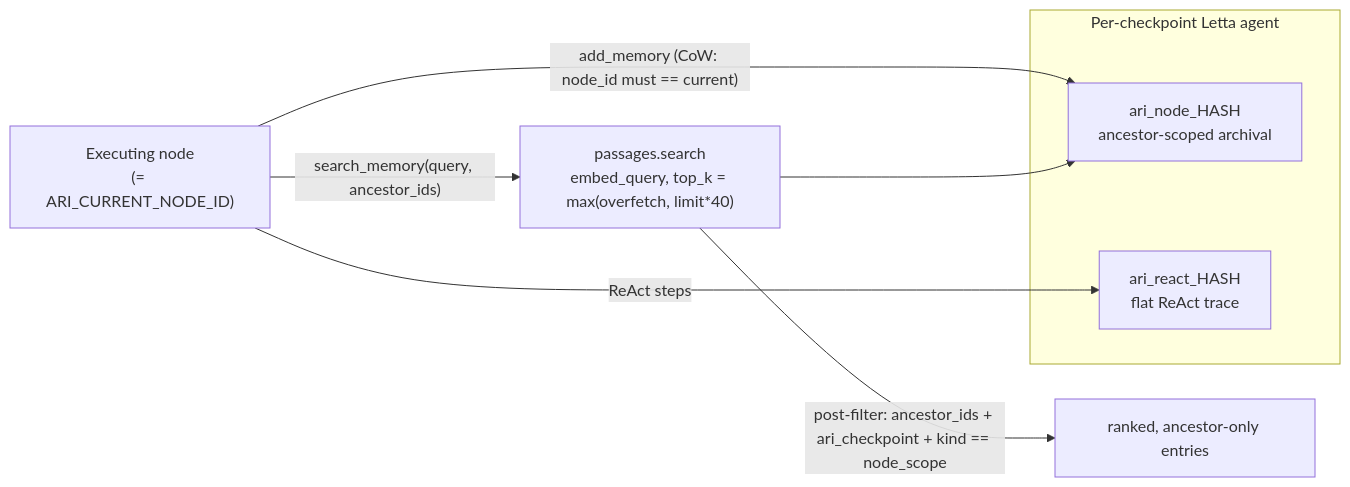
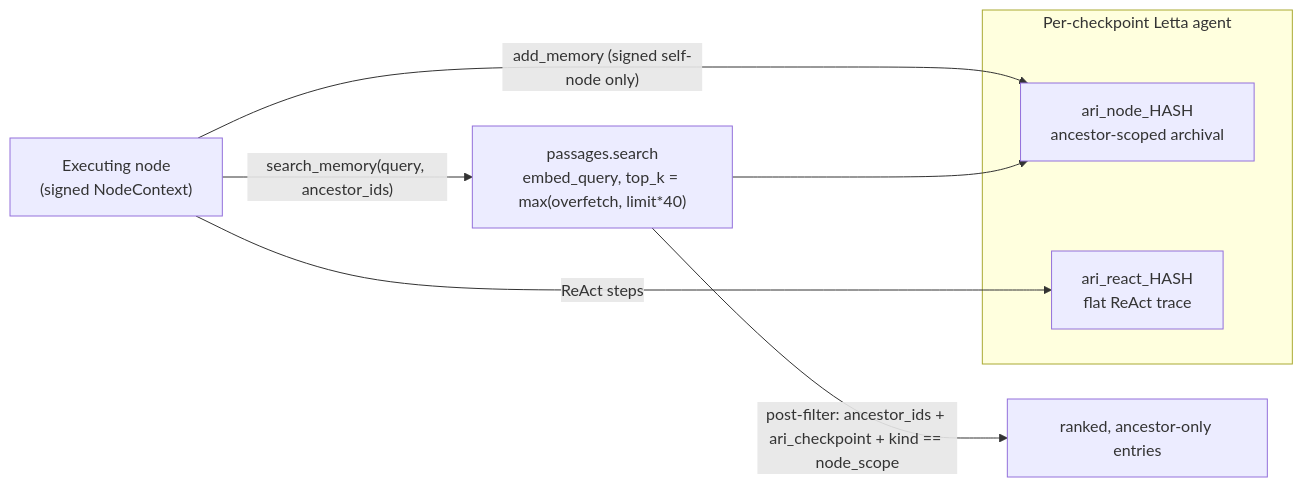
Before and after one commit to kotama7/ARI: the diagram in docs/concepts/memory.md, drawn with Mermaid. The commit also changed other lines of this file and 96 other files, not shown here.

````diff
--- a/docs/concepts/memory.md
+++ b/docs/concepts/memory.md
@@ -49,13 +49,13 @@
 ```mermaid
 flowchart LR
-    node["Executing node<br/>(= ARI_CURRENT_NODE_ID)"]
+    node["Executing node<br/>(signed NodeContext)"]
     subgraph letta["Per-checkpoint Letta agent"]
         nodecol["ari_node_HASH<br/>ancestor-scoped archival"]
         reactcol["ari_react_HASH<br/>flat ReAct trace"]
     end
-    node -->|"add_memory (CoW: node_id must == current)"| nodecol
+    node -->|"add_memory (signed self-node only)"| nodecol
     node -->|"ReAct steps"| reactcol
     node -->|"search_memory(query, ancestor_ids)"| search["passages.search<br/>embed_query, top_k = max(overfetch, limit*40)"]
     search --> nodecol
     search -->|"post-filter: ancestor_ids + ari_checkpoint + kind == node_scope"| result["ranked, ancestor-only entries"]
 ```
````
